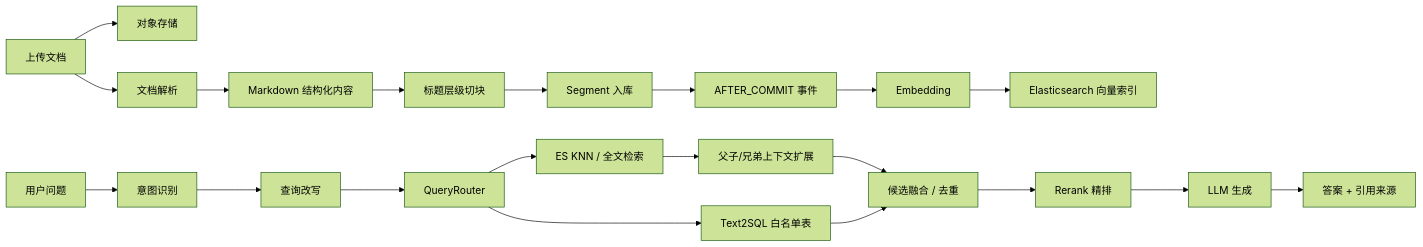
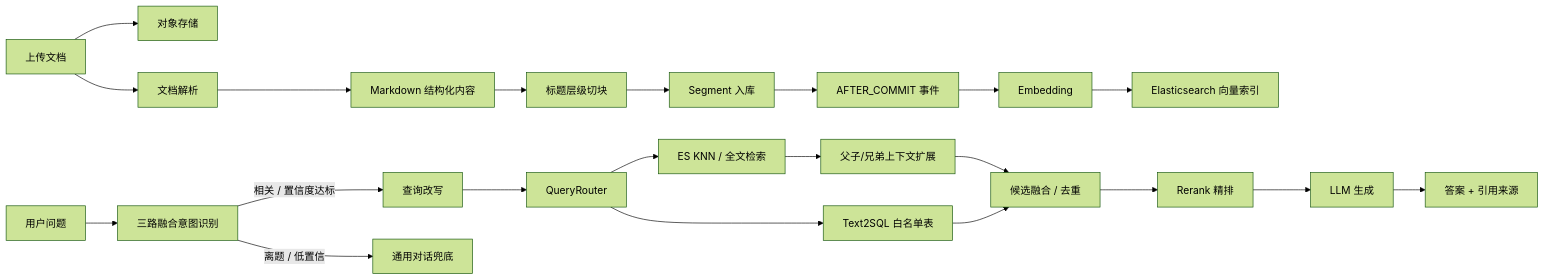
The diagram in README.md (zhanglinrun/ai-interview), drawn with Mermaid (forest theme) before and after one commit. The commit also changed other lines of this file, not shown here.

Commit message:
docs: 补充统一评测与意图识别说明

````diff
--- a/README.md
+++ b/README.md
@@ -86,23 +89,24 @@
 ```mermaid
 flowchart LR
   A["上传文档"] --> B["对象存储"]
   A --> C["文档解析"]
   C --> D["Markdown 结构化内容"]
   D --> E["标题层级切块"]
   E --> F["Segment 入库"]
   F --> G["AFTER_COMMIT 事件"]
   G --> H["Embedding"]
   H --> I["Elasticsearch 向量索引"]
 
-  Q["用户问题"] --> R["意图识别"]
-  R --> S["查询改写"]
+  Q["用户问题"] --> R["三路融合意图识别"]
+  R -->|"相关 / 置信度达标"| S["查询改写"]
+  R -->|"离题 / 低置信"| FB["通用对话兜底"]
   S --> T["QueryRouter"]
   T --> U1["ES KNN / 全文检索"]
   T --> U2["Text2SQL 白名单表"]
   U1 --> X["父子/兄弟上下文扩展"]
   X --> V["候选融合 / 去重"]
   U2 --> V
   V --> W["Rerank 精排"]
   W --> Y["LLM 生成"]
   Y --> Z["答案 + 引用来源"]
 ```
````
